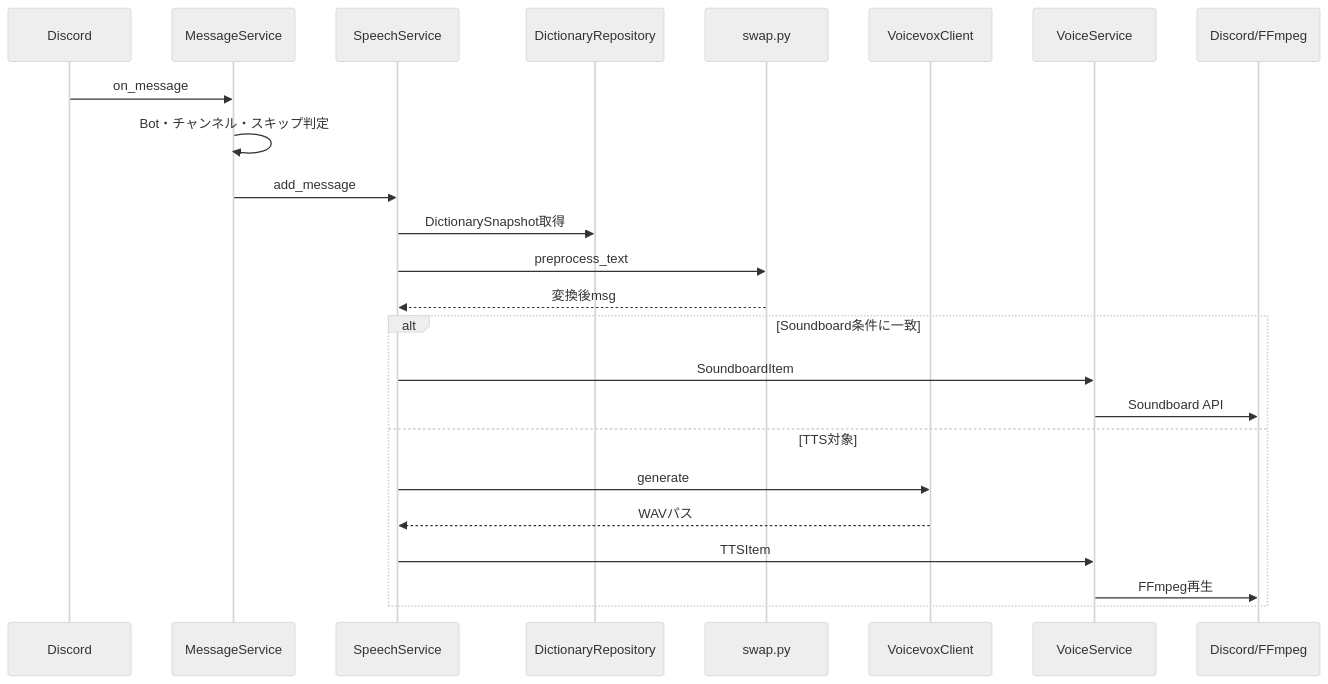
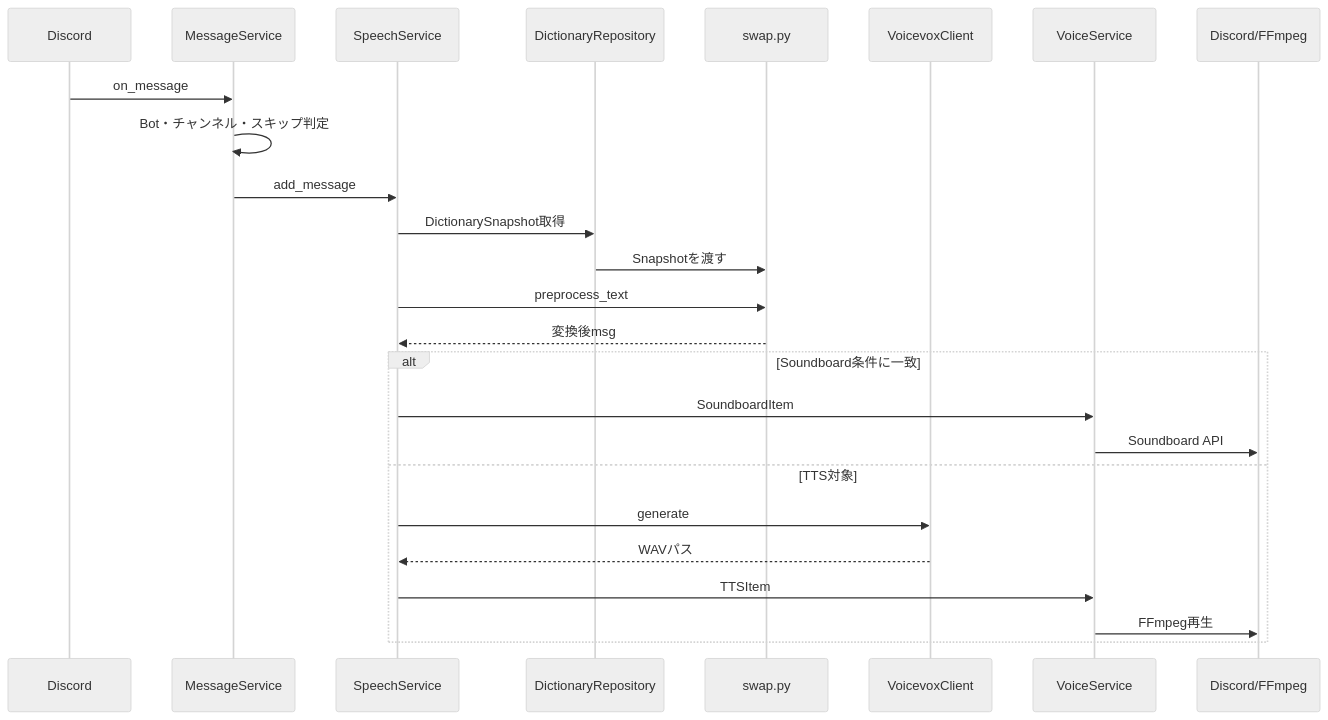
The second of 3 diagrams in docs/ARCHITECTURE.md (dora-ntmk/Tsumugium), drawn with Mermaid (neutral theme) before and after one commit.

Commit message:
シーケンス図修正２

````diff
--- a/docs/ARCHITECTURE.md
+++ b/docs/ARCHITECTURE.md
@@ -68,27 +68,28 @@
 ```mermaid
 sequenceDiagram
     participant D as Discord
     participant M as MessageService
     participant S as SpeechService
     participant R as DictionaryRepository
     participant P as swap.py
     participant V as VoicevoxClient
     participant Q as VoiceService
     participant A as Discord/FFmpeg
 
     D->>M: on_message
     M->>M: Bot・チャンネル・スキップ判定
     M->>S: add_message
     S->>R: DictionarySnapshot取得
+    R->>P: Snapshotを渡す
     S->>P: preprocess_text
     P-->>S: 変換後msg
     alt Soundboard条件に一致
         S->>Q: SoundboardItem
         Q->>A: Soundboard API
     else TTS対象
         S->>V: generate
         V-->>S: WAVパス
         S->>Q: TTSItem
         Q->>A: FFmpeg再生
     end
 ```
````
